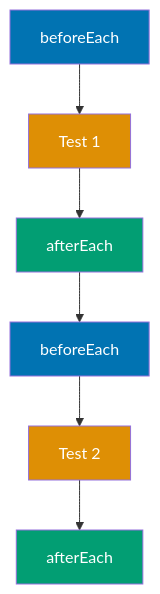
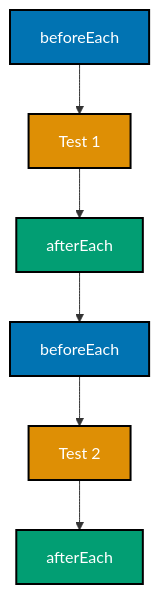
Before and after one commit to wahidyankf/open-sharia-enterprise: the fifth of 8 diagrams in apps/ayokoding-web/content/en/learn/software-engineering/automation-testing/tools/vitest/by-example/beginner.md, drawn with Mermaid. The commit also changed other lines of this file and 13 other files, not shown here.

````diff
--- a/apps/ayokoding-web/content/en/learn/software-engineering/automation-testing/tools/vitest/by-example/beginner.md
+++ b/apps/ayokoding-web/content/en/learn/software-engineering/automation-testing/tools/vitest/by-example/beginner.md
@@ -859,16 +859,16 @@
 ```mermaid
 %% Color Palette: Blue #0173B2, Orange #DE8F05, Teal #029E73, Purple #CC78BC, Brown #CA9161
 graph TD
     A["beforeEach"] --> B["Test 1"]
     B --> C["afterEach"]
     C --> D["beforeEach"]
     D --> E["Test 2"]
     E --> F["afterEach"]
 
-    style A fill:#0173B2,color:#fff
-    style B fill:#DE8F05,color:#fff
-    style C fill:#029E73,color:#fff
-    style D fill:#0173B2,color:#fff
-    style E fill:#DE8F05,color:#fff
-    style F fill:#029E73,color:#fff
+    style A fill:#0173B2,stroke:#000000,stroke-width:2px,color:#fff
+    style B fill:#DE8F05,stroke:#000000,stroke-width:2px,color:#fff
+    style C fill:#029E73,stroke:#000000,stroke-width:2px,color:#fff
+    style D fill:#0173B2,stroke:#000000,stroke-width:2px,color:#fff
+    style E fill:#DE8F05,stroke:#000000,stroke-width:2px,color:#fff
+    style F fill:#029E73,stroke:#000000,stroke-width:2px,color:#fff
 ```
````
